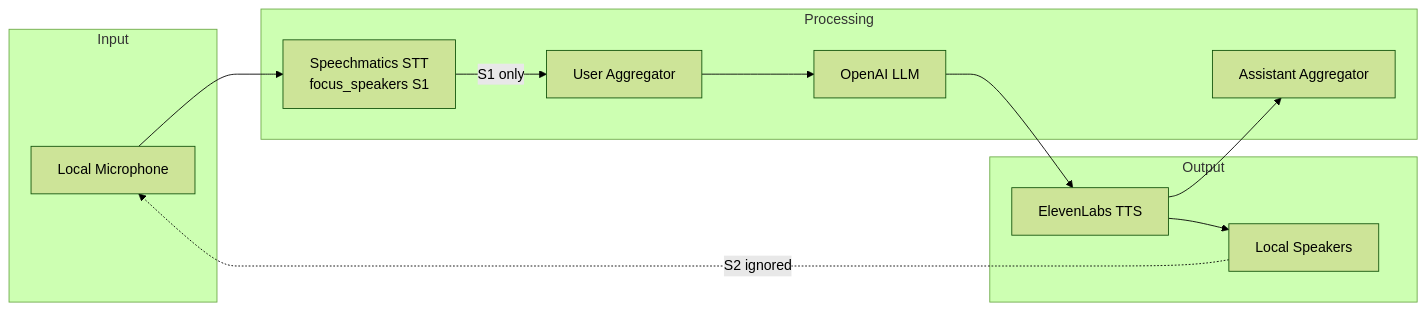
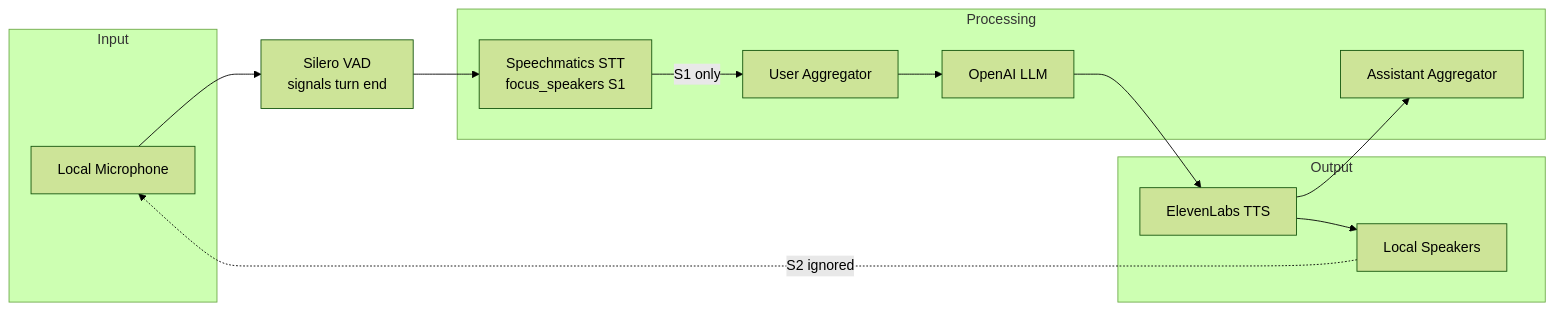
The diagram in integrations/pipecat/01-simple-voice-bot/README.md (speechmatics/speechmatics-academy), drawn with Mermaid (forest theme) before and after one commit. The commit also changed other lines of this file, not shown here.

First line of the commit message:
Fix: Update voice bot README for Pipecat 1.x VAD and service settings

````diff
--- a/integrations/pipecat/01-simple-voice-bot/README.md
+++ b/integrations/pipecat/01-simple-voice-bot/README.md
@@ -128,27 +128,28 @@
 ```mermaid
 flowchart LR
     subgraph Input
         MIC[Local Microphone]
     end
 
     subgraph Processing
         STT[Speechmatics STT<br/>focus_speakers S1]
         UA[User Aggregator]
         LLM[OpenAI LLM]
         AA[Assistant Aggregator]
     end
 
     subgraph Output
         TTS[ElevenLabs TTS]
         SPK[Local Speakers]
     end
 
-    MIC --> STT
+    MIC --> VAD[Silero VAD<br/>signals turn end]
+    VAD --> STT
     STT -->|S1 only| UA
     UA --> LLM
     LLM --> TTS
     TTS --> SPK
     TTS --> AA
 
     SPK -.->|S2 ignored| MIC
 ```
````
